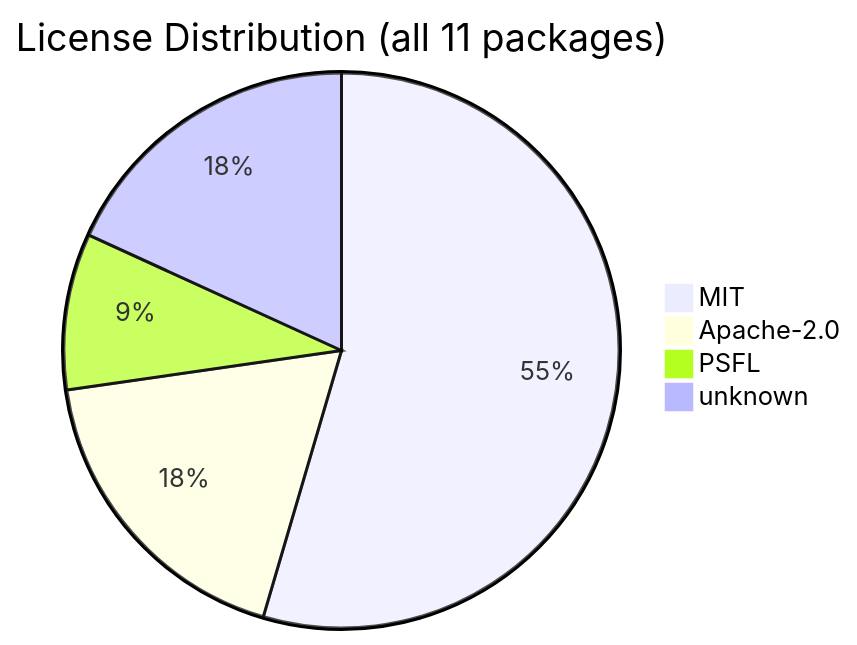
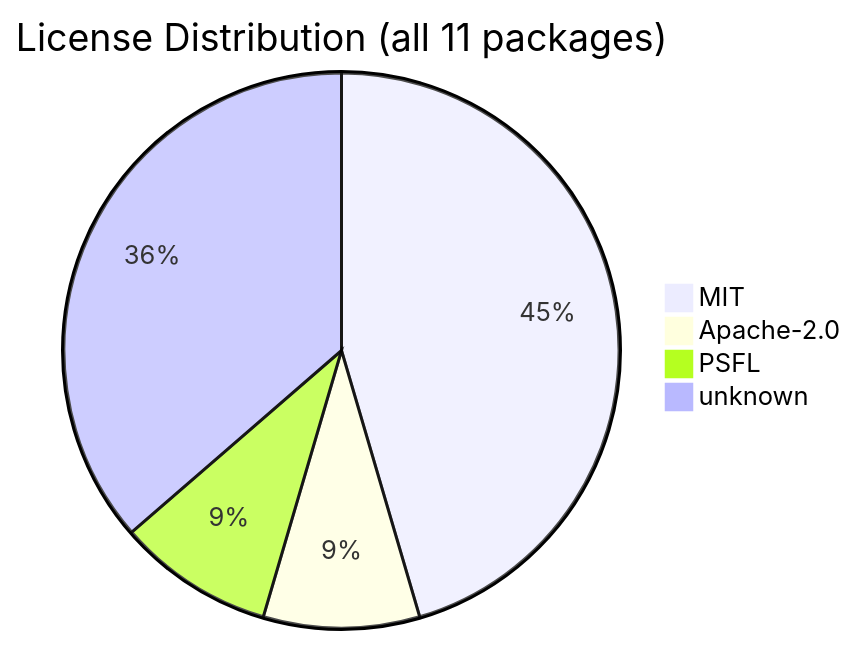
Before and after one commit to svenroth-ai/shipwright: the diagram in .shipwright/compliance/sbom.md, drawn with Mermaid. The commit also changed other lines of this file and 38 other files, not shown here.

````diff
--- a/.shipwright/compliance/sbom.md
+++ b/.shipwright/compliance/sbom.md
@@ -18,7 +18,7 @@
 ```mermaid
 pie title License Distribution (all 11 packages)
-    "MIT" : 6
-    "Apache-2.0" : 2
+    "MIT" : 5
+    "Apache-2.0" : 1
     "PSFL" : 1
-    "unknown" : 2
+    "unknown" : 4
 ```
````
